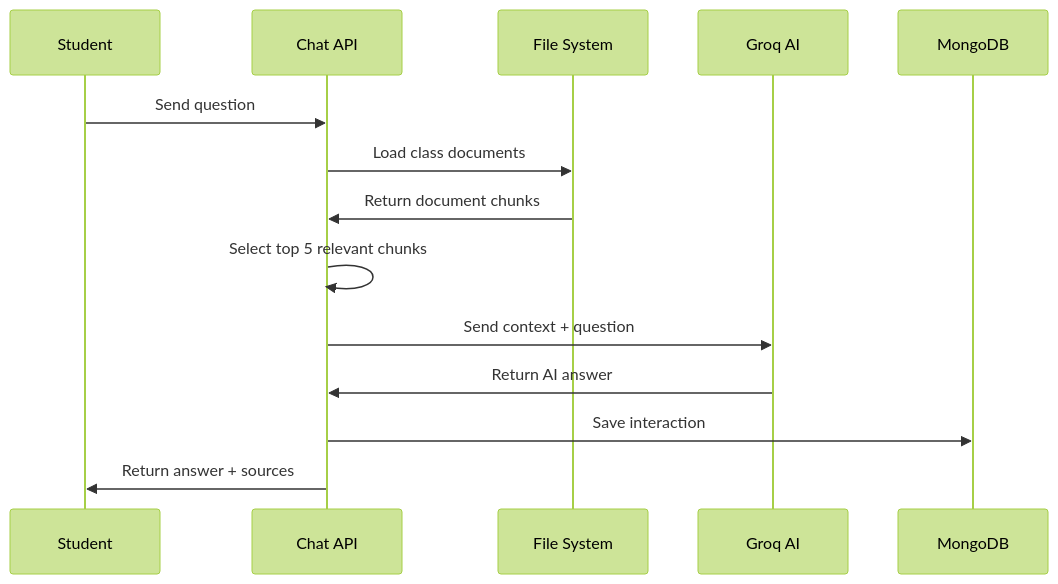
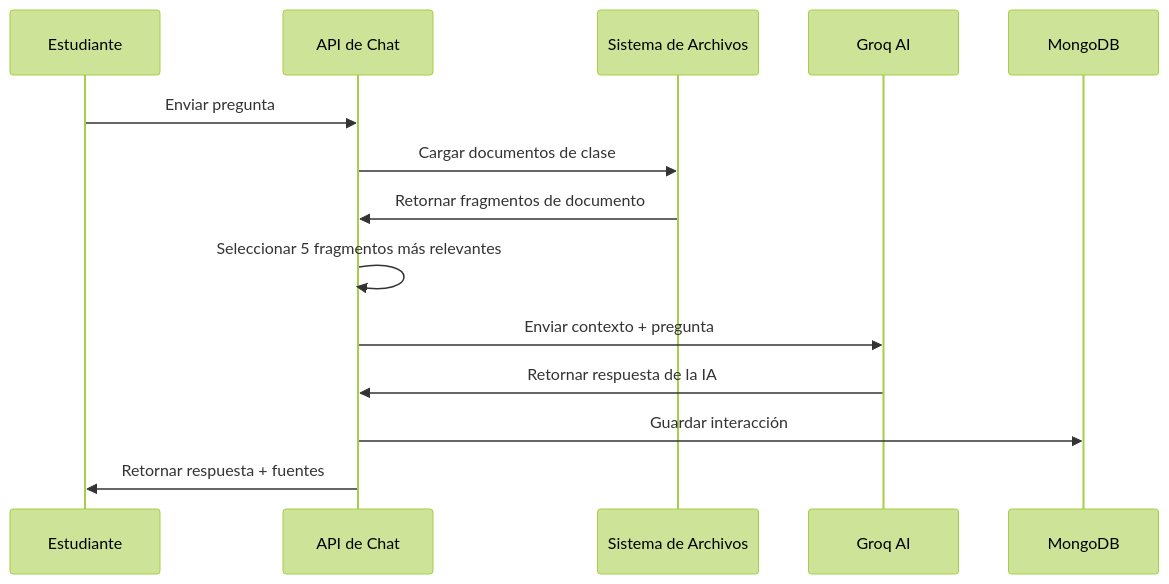
The third of 5 diagrams in ARQUITECTURA.md (olired2/chatbot), drawn with Mermaid (forest theme) before and after one commit. The commit also changed other lines of this file and 8 other files, not shown here.

Commit message:
docs: actualizacion de toda la documentacion al español, creacion de roadmap y limpieza

````diff
--- a/ARQUITECTURA.md
+++ b/ARQUITECTURA.md
@@ -289,17 +288,17 @@
 ```mermaid
 sequenceDiagram
-    participant S as Student
-    participant API as Chat API
-    participant FS as File System
+    participant E as Estudiante
+    participant API as API de Chat
+    participant FS as Sistema de Archivos
     participant Groq as Groq AI
     participant DB as MongoDB
     
-    S->>API: Send question
-    API->>FS: Load class documents
-    FS->>API: Return document chunks
-    API->>API: Select top 5 relevant chunks
-    API->>Groq: Send context + question
-    Groq->>API: Return AI answer
-    API->>DB: Save interaction
-    API->>S: Return answer + sources
+    E->>API: Enviar pregunta
+    API->>FS: Cargar documentos de clase
+    FS->>API: Retornar fragmentos de documento
+    API->>API: Seleccionar 5 fragmentos más relevantes
+    API->>Groq: Enviar contexto + pregunta
+    Groq->>API: Retornar respuesta de la IA
+    API->>DB: Guardar interacción
+    API->>E: Retornar respuesta + fuentes
 ```
````
